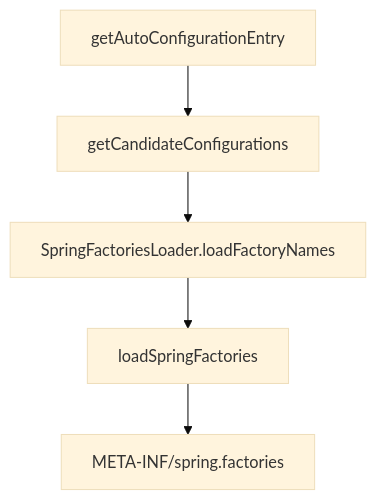
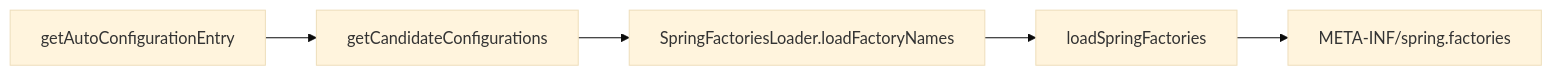
The first of 2 diagrams in _posts/program/2021-03-23-java-spring-boot-2-02.md (cloudland/cloudland.github.io), drawn with Mermaid (base theme) before and after one commit.

Commit message:
更新

````diff
--- a/_posts/program/2021-03-23-java-spring-boot-2-02.md
+++ b/_posts/program/2021-03-23-java-spring-boot-2-02.md
@@ -37,12 +37,12 @@
 ```mermaid
-graph TB;
+graph LR;
     A[getAutoConfigurationEntry]
     B[getCandidateConfigurations]
     C[SpringFactoriesLoader.loadFactoryNames]
     D[loadSpringFactories]
     E[META-INF/spring.factories]
     A-->B;
     B-->C;
     C-->D;
     D-->E;
 ```
````
